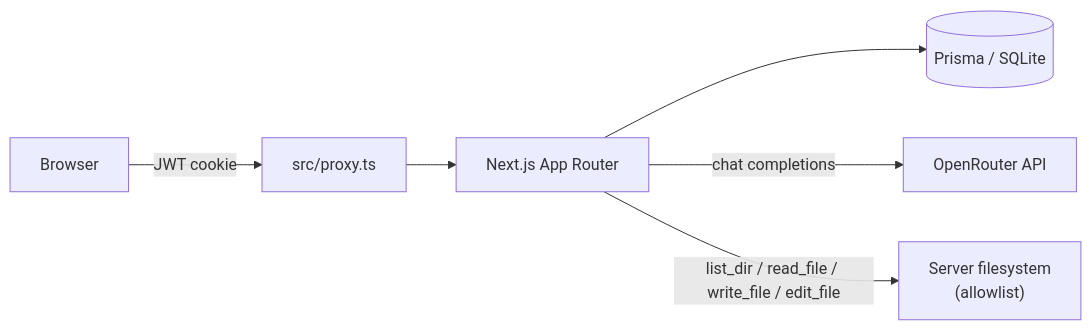
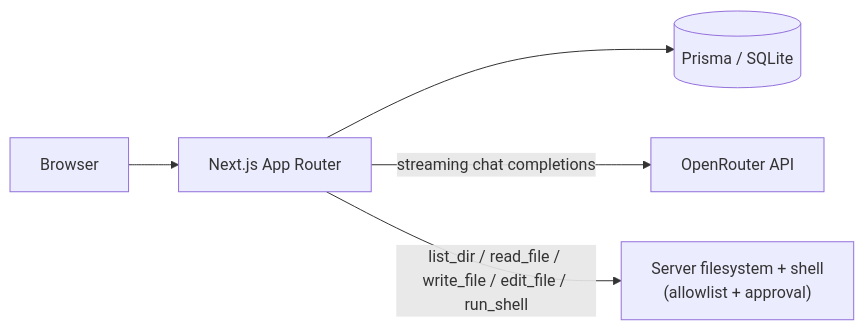
One commit to kyawzawhein-qa/atrium changed the diagram in README.md. Above: the diagram before and after it, drawn with Mermaid. The commit also changed other lines of this file and 27 other files, not shown here.

First line of the commit message:
Phase 2: local-first studio with streaming tools and approved shell.

````diff
--- a/README.md
+++ b/README.md
@@ -66,8 +67,7 @@
 ```mermaid
 flowchart LR
-  Browser -->|JWT cookie| Proxy["src/proxy.ts"]
-  Proxy --> App["Next.js App Router"]
+  Browser --> App["Next.js App Router"]
   App --> SQLite[(Prisma / SQLite)]
-  App -->|chat completions| OpenRouter["OpenRouter API"]
-  App -->|list_dir / read_file / write_file / edit_file| FS["Server filesystem\n(allowlist)"]
+  App -->|streaming chat completions| OpenRouter["OpenRouter API"]
+  App -->|list_dir / read_file / write_file / edit_file / run_shell| FS["Server filesystem + shell\n(allowlist + approval)"]
 ```
````
